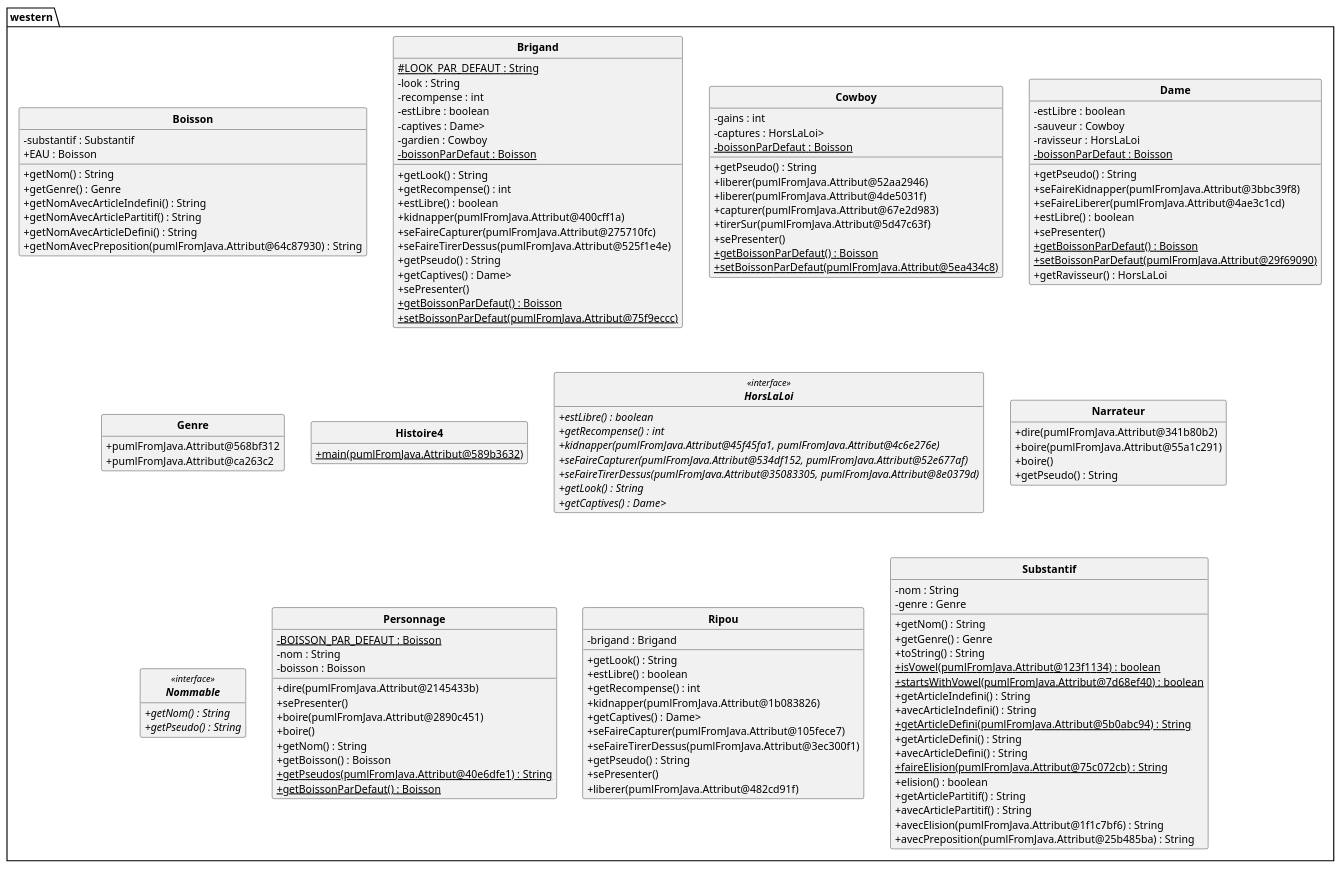
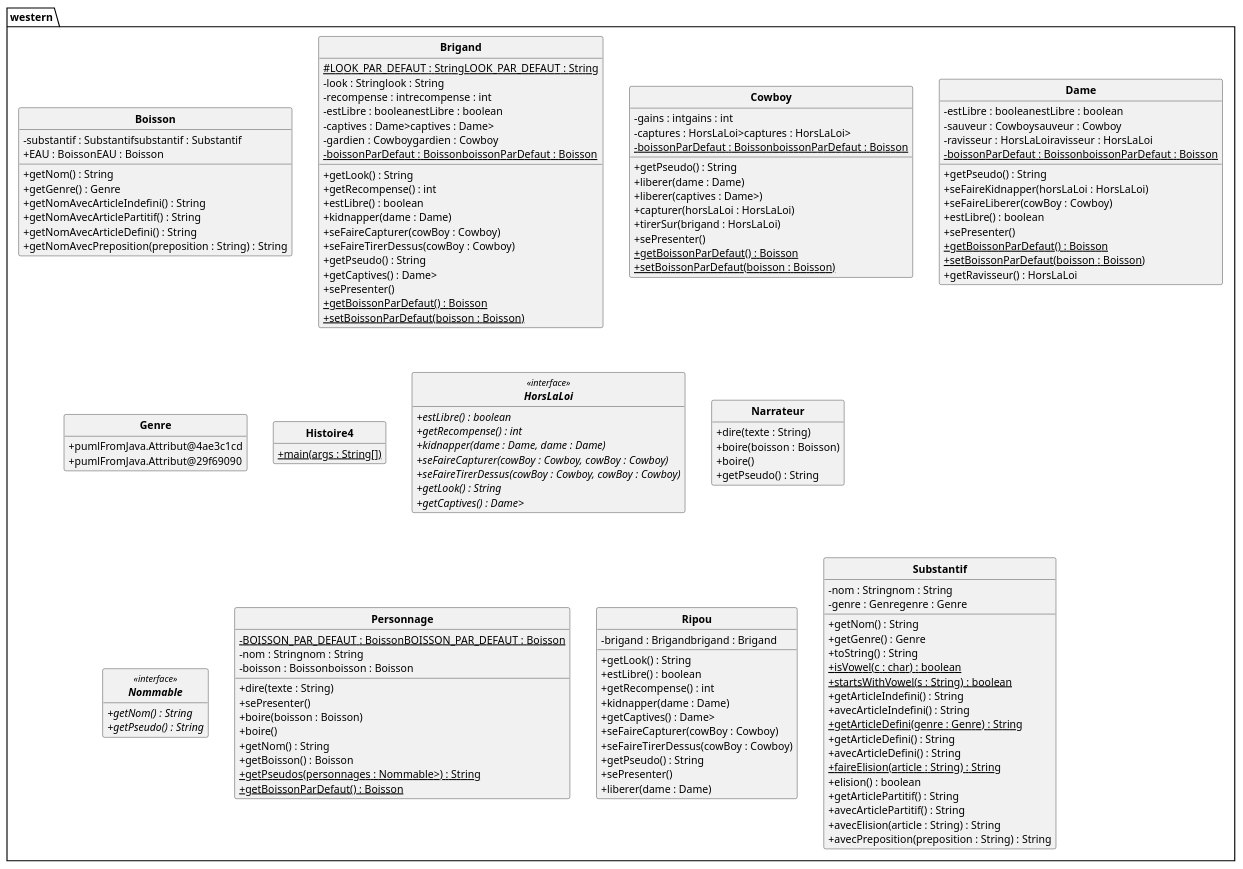
One commit to DimToups/Java-to-PUML-converter changed the diagram in out/production/p21_projet/pumlFromJava/westernClass.puml. Above: the diagram before and after it, drawn with PlantUML. The commit also changed 4 other files, not shown here.

```diff
--- a/out/production/p21_projet/pumlFromJava/westernClass.puml
+++ b/out/production/p21_projet/pumlFromJava/westernClass.puml
@@ -1,153 +1,153 @@
 @startuml
 'https://plantuml.com/class-diagram
 skinparam style strictuml
 skinparam classAttributeIconSize 0
 skinparam classFontStyle Bold
 
 hide empty members
 
 package western{
 class Boisson{
-- substantif : Substantif
-+ EAU : Boisson
+- substantif : Substantifsubstantif : Substantif
++ EAU : BoissonEAU : Boisson
 + getNom() : String
 + getGenre() : Genre
 + getNomAvecArticleIndefini() : String
 + getNomAvecArticlePartitif() : String
 + getNomAvecArticleDefini() : String
-+ getNomAvecPreposition(pumlFromJava.Attribut@64c87930) : String
++ getNomAvecPreposition(preposition : String) : String
 }
 
 class Brigand{
-# LOOK_PAR_DEFAUT : String {static}
-- look : String
-- recompense : int
-- estLibre : boolean
-- captives : Dame>
-- gardien : Cowboy
-- boissonParDefaut : Boisson {static}
+# LOOK_PAR_DEFAUT : StringLOOK_PAR_DEFAUT : String {static}
+- look : Stringlook : String
+- recompense : intrecompense : int
+- estLibre : booleanestLibre : boolean
+- captives : Dame>captives : Dame>
+- gardien : Cowboygardien : Cowboy
+- boissonParDefaut : BoissonboissonParDefaut : Boisson {static}
 + getLook() : String
 + getRecompense() : int
 + estLibre() : boolean
-+ kidnapper(pumlFromJava.Attribut@400cff1a)
-+ seFaireCapturer(pumlFromJava.Attribut@275710fc)
-+ seFaireTirerDessus(pumlFromJava.Attribut@525f1e4e)
++ kidnapper(dame : Dame)
++ seFaireCapturer(cowBoy : Cowboy)
++ seFaireTirerDessus(cowBoy : Cowboy)
 + getPseudo() : String
 + getCaptives() : Dame>
 + sePresenter()
 + getBoissonParDefaut() {static} : Boisson
-+ setBoissonParDefaut(pumlFromJava.Attribut@75f9eccc) {static}
++ setBoissonParDefaut(boisson : Boisson) {static}
 }
 
 class Cowboy{
-- gains : int
-- captures : HorsLaLoi>
-- boissonParDefaut : Boisson {static}
+- gains : intgains : int
+- captures : HorsLaLoi>captures : HorsLaLoi>
+- boissonParDefaut : BoissonboissonParDefaut : Boisson {static}
 + getPseudo() : String
-+ liberer(pumlFromJava.Attribut@52aa2946)
-+ liberer(pumlFromJava.Attribut@4de5031f)
-+ capturer(pumlFromJava.Attribut@67e2d983)
-+ tirerSur(pumlFromJava.Attribut@5d47c63f)
++ liberer(dame : Dame)
++ liberer(captives : Dame>)
++ capturer(horsLaLoi : HorsLaLoi)
++ tirerSur(brigand : HorsLaLoi)
 + sePresenter()
 + getBoissonParDefaut() {static} : Boisson
-+ setBoissonParDefaut(pumlFromJava.Attribut@5ea434c8) {static}
++ setBoissonParDefaut(boisson : Boisson) {static}
 }
 
 class Dame{
-- estLibre : boolean
-- sauveur : Cowboy
-- ravisseur : HorsLaLoi
-- boissonParDefaut : Boisson {static}
+- estLibre : booleanestLibre : boolean
+- sauveur : Cowboysauveur : Cowboy
+- ravisseur : HorsLaLoiravisseur : HorsLaLoi
+- boissonParDefaut : BoissonboissonParDefaut : Boisson {static}
 + getPseudo() : String
-+ seFaireKidnapper(pumlFromJava.Attribut@3bbc39f8)
-+ seFaireLiberer(pumlFromJava.Attribut@4ae3c1cd)
++ seFaireKidnapper(horsLaLoi : HorsLaLoi)
++ seFaireLiberer(cowBoy : Cowboy)
 + estLibre() : boolean
 + sePresenter()
 + getBoissonParDefaut() {static} : Boisson
-+ setBoissonParDefaut(pumlFromJava.Attribut@29f69090) {static}
++ setBoissonParDefaut(boisson : Boisson) {static}
 + getRavisseur() : HorsLaLoi
 }
 
 class Genre{
-+ pumlFromJava.Attribut@568bf312
-+ pumlFromJava.Attribut@ca263c2
++ pumlFromJava.Attribut@4ae3c1cd
++ pumlFromJava.Attribut@29f69090
 }
 
 class Histoire4{
-+ main(pumlFromJava.Attribut@589b3632) {static}
++ main(args : String[]) {static}
 }
 
 interface HorsLaLoi<<interface>>{
 + estLibre() {abstract} : boolean
 + getRecompense() {abstract} : int
-+ kidnapper(pumlFromJava.Attribut@45f45fa1, pumlFromJava.Attribut@4c6e276e) {abstract}
-+ seFaireCapturer(pumlFromJava.Attribut@534df152, pumlFromJava.Attribut@52e677af) {abstract}
-+ seFaireTirerDessus(pumlFromJava.Attribut@35083305, pumlFromJava.Attribut@8e0379d) {abstract}
++ kidnapper(dame : Dame, dame : Dame) {abstract}
++ seFaireCapturer(cowBoy : Cowboy, cowBoy : Cowboy) {abstract}
++ seFaireTirerDessus(cowBoy : Cowboy, cowBoy : Cowboy) {abstract}
 + getLook() {abstract} : String
 + getCaptives() {abstract} : Dame>
 }
 
 class Narrateur{
-+ dire(pumlFromJava.Attribut@341b80b2)
-+ boire(pumlFromJava.Attribut@55a1c291)
++ dire(texte : String)
++ boire(boisson : Boisson)
 + boire()
 + getPseudo() : String
 }
 
 interface Nommable<<interface>>{
 + getNom() {abstract} : String
 + getPseudo() {abstract} : String
 }
 
 class Personnage{
-- BOISSON_PAR_DEFAUT : Boisson {static}
-- nom : String
-- boisson : Boisson
-+ dire(pumlFromJava.Attribut@2145433b)
+- BOISSON_PAR_DEFAUT : BoissonBOISSON_PAR_DEFAUT : Boisson {static}
+- nom : Stringnom : String
+- boisson : Boissonboisson : Boisson
++ dire(texte : String)
 + sePresenter()
-+ boire(pumlFromJava.Attribut@2890c451)
++ boire(boisson : Boisson)
 + boire()
 + getNom() : String
 + getBoisson() : Boisson
-+ getPseudos(pumlFromJava.Attribut@40e6dfe1) {static} : String
++ getPseudos(personnages : Nommable>) {static} : String
 + getBoissonParDefaut() {static} : Boisson
 }
 
 class Ripou{
-- brigand : Brigand
+- brigand : Brigandbrigand : Brigand
 + getLook() : String
 + estLibre() : boolean
 + getRecompense() : int
-+ kidnapper(pumlFromJava.Attribut@1b083826)
++ kidnapper(dame : Dame)
 + getCaptives() : Dame>
-+ seFaireCapturer(pumlFromJava.Attribut@105fece7)
-+ seFaireTirerDessus(pumlFromJava.Attribut@3ec300f1)
++ seFaireCapturer(cowBoy : Cowboy)
++ seFaireTirerDessus(cowBoy : Cowboy)
 + getPseudo() : String
 + sePresenter()
-+ liberer(pumlFromJava.Attribut@482cd91f)
++ liberer(dame : Dame)
 }
 
 class Substantif{
-- nom : String
-- genre : Genre
+- nom : Stringnom : String
+- genre : Genregenre : Genre
 + getNom() : String
 + getGenre() : Genre
 + toString() : String
-+ isVowel(pumlFromJava.Attribut@123f1134) {static} : boolean
-+ startsWithVowel(pumlFromJava.Attribut@7d68ef40) {static} : boolean
++ isVowel(c : char) {static} : boolean
++ startsWithVowel(s : String) {static} : boolean
 + getArticleIndefini() : String
 + avecArticleIndefini() : String
-+ getArticleDefini(pumlFromJava.Attribut@5b0abc94) {static} : String
++ getArticleDefini(genre : Genre) {static} : String
 + getArticleDefini() : String
 + avecArticleDefini() : String
-+ faireElision(pumlFromJava.Attribut@75c072cb) {static} : String
++ faireElision(article : String) {static} : String
 + elision() : boolean
 + getArticlePartitif() : String
 + avecArticlePartitif() : String
-+ avecElision(pumlFromJava.Attribut@1f1c7bf6) : String
-+ avecPreposition(pumlFromJava.Attribut@25b485ba) : String
++ avecElision(article : String) : String
++ avecPreposition(preposition : String) : String
 }
 
 
 }
 @enduml
```
